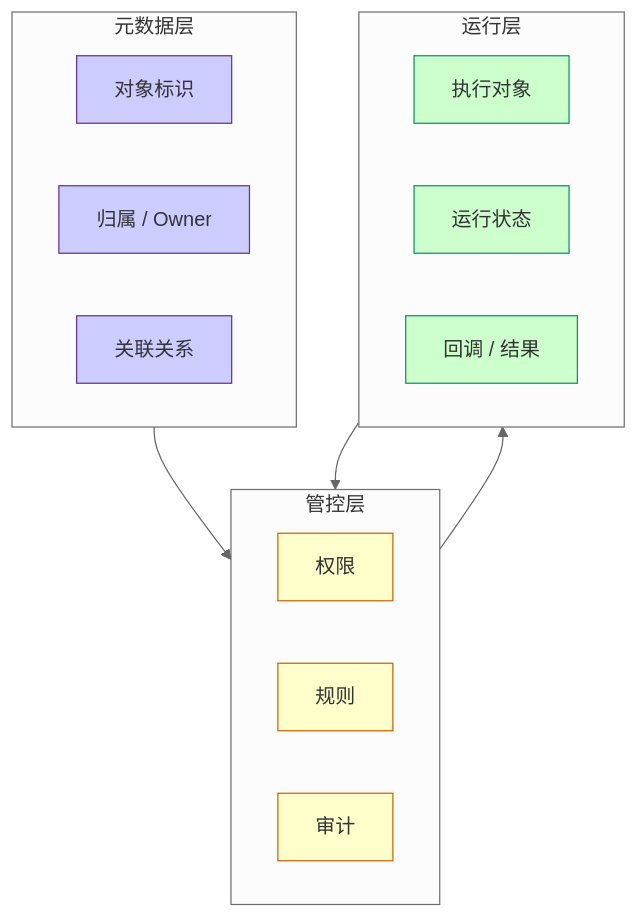
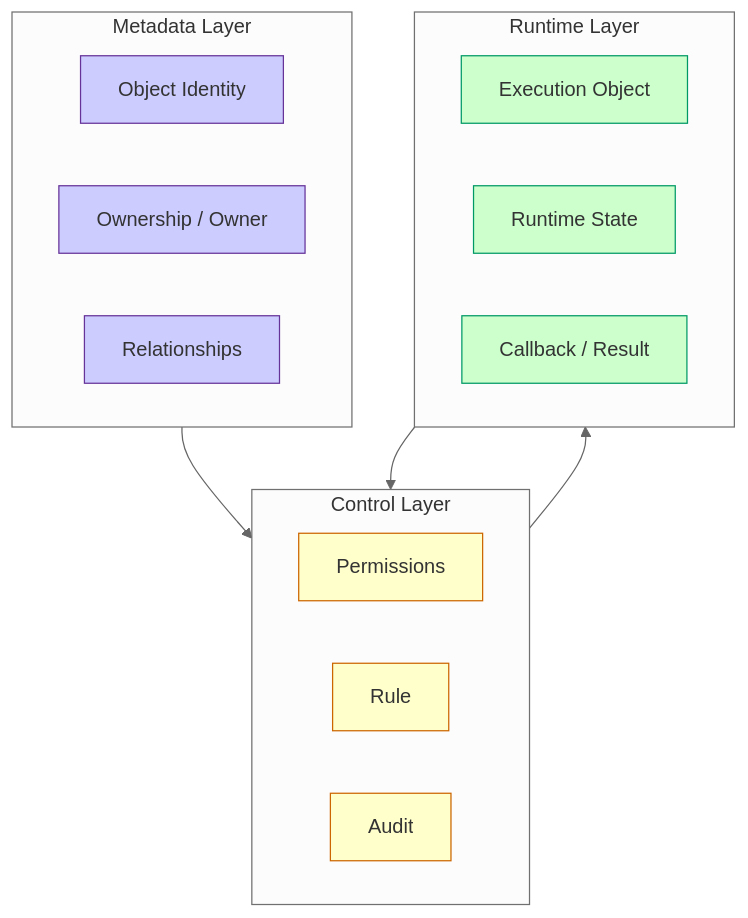
One commit to xyjunco/junco-skill changed the third of 5 diagrams in references/platform-patterns.md. Above: the diagram before and after it, drawn with Mermaid (neutral theme). The commit also changed other lines of this file and 6 other files, not shown here.

````diff
--- a/references/platform-patterns.md
+++ b/references/platform-patterns.md
@@ -119,36 +119,36 @@
 ```mermaid
 graph TD
-  subgraph Metadata["元数据层"]
-    Identity["对象标识"]
-    Ownership["归属 / Owner"]
-    Relationship["关联关系"]
+  subgraph Metadata["Metadata Layer"]
+    Identity["Object Identity"]
+    Ownership["Ownership / Owner"]
+    Relationship["Relationships"]
   end
 
-  subgraph Control["管控层"]
-    Permission["权限"]
-    Rule["规则"]
-    Audit["审计"]
+  subgraph Control["Control Layer"]
+    Permission["Permissions"]
+    Rule["Rule"]
+    Audit["Audit"]
   end
 
-  subgraph Runtime["运行层"]
-    Execution["执行对象"]
-    Status["运行状态"]
-    Callback["回调 / 结果"]
+  subgraph Runtime["Runtime Layer"]
+    Execution["Execution Object"]
+    Status["Runtime State"]
+    Callback["Callback / Result"]
   end
 
   Metadata --> Control
   Control --> Runtime
   Runtime --> Control
 
   class Identity,Ownership,Relationship data;
   class Permission,Rule,Audit control;
   class Execution,Status,Callback runtime;
 
   classDef actor fill:#FFCC99,stroke:#CC6600,color:#333333;
   classDef core fill:#CCFFFF,stroke:#0066CC,color:#333333;
   classDef runtime fill:#CCFFCC,stroke:#009966,color:#333333;
   classDef control fill:#FFFFCC,stroke:#CC6600,color:#333333;
   classDef data fill:#CCCCFF,stroke:#663399,color:#333333;
   classDef risk fill:#FFCCCC,stroke:#CC3333,color:#333333;
   classDef neutral fill:#FFFFFF,stroke:#999999,color:#333333;
 ```
````
